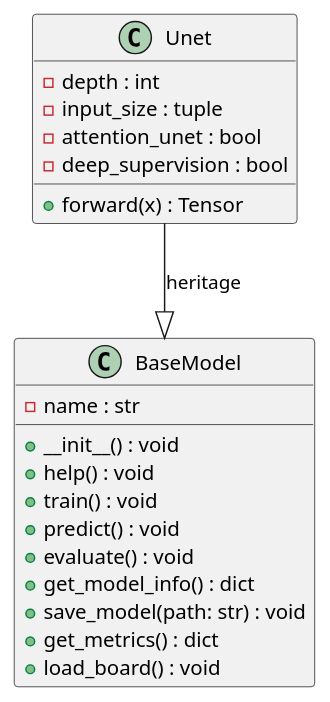
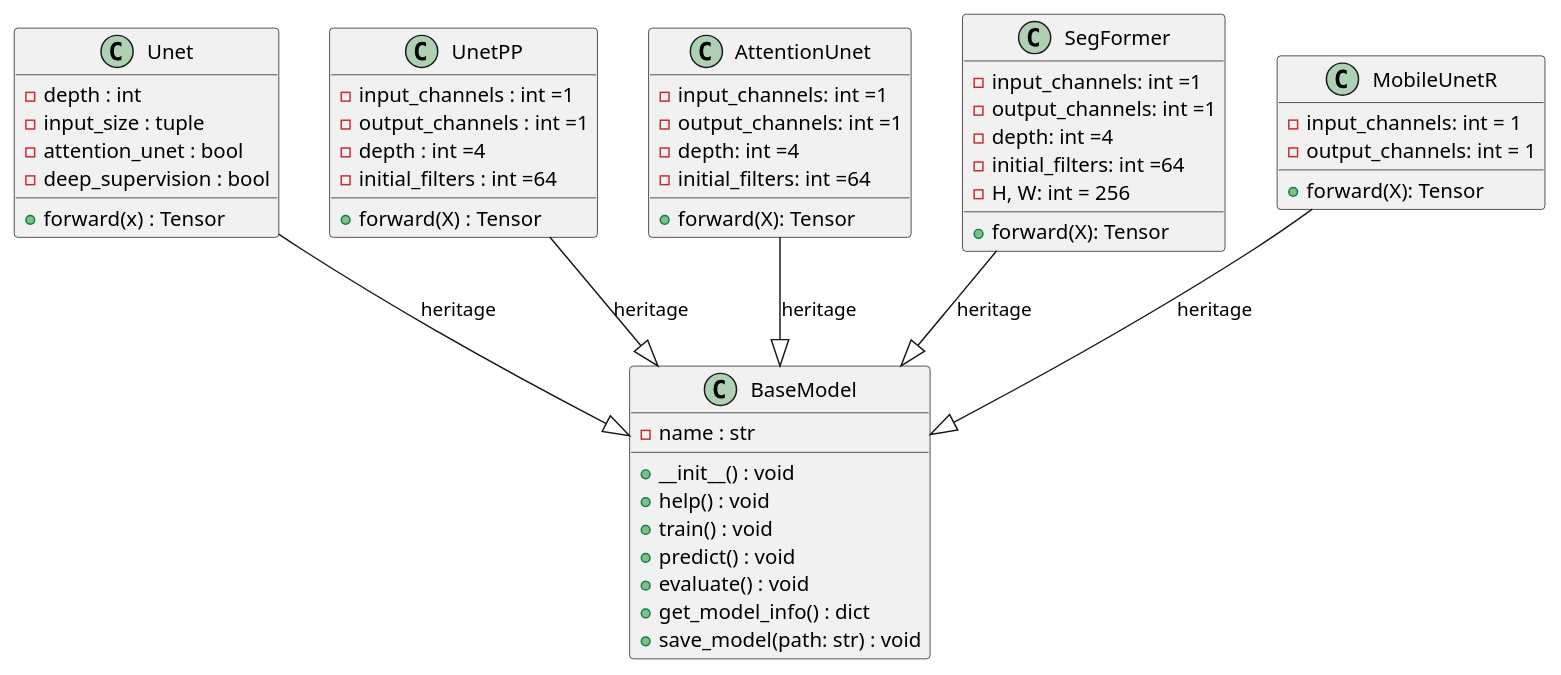
The diagram in docs/models.iuml (sebastien-doyez2812/OpenML-core), drawn with PlantUML before and after one commit. The commit also changed 2 other files, not shown here.

```diff
--- a/docs/models.iuml
+++ b/docs/models.iuml
@@ -1,24 +1,58 @@
 @startuml
 class BaseModel {
   - name : str
   + __init__() : void
   + help() : void
   + train() : void
   + predict() : void
   + evaluate() : void
   + get_model_info() : dict
   + save_model(path: str) : void
-  + get_metrics() : dict
-  + load_board() : void
 }
 
 class Unet {
   - depth : int
   - input_size : tuple
   - attention_unet : bool
   - deep_supervision : bool
   + forward(x) : Tensor
 }
 
-Unet --|> BaseModel : heritage
+
+class UnetPP {
+  - input_channels : int =1
+  - output_channels : int =1
+  - depth : int =4
+  - initial_filters : int =64
+  + forward(X) : Tensor
+}
+
+class AttentionUnet {
+  - input_channels: int =1
+  - output_channels: int =1
+  - depth: int =4
+  - initial_filters: int =64
+  + forward(X): Tensor
+}
+
+class SegFormer  {
+  - input_channels: int =1
+  - output_channels: int =1
+  - depth: int =4
+  - initial_filters: int =64
+  - H, W: int = 256
+  + forward(X): Tensor
+}
+
+class MobileUnetR {
+  - input_channels: int = 1
+  - output_channels: int = 1
+  + forward(X): Tensor
+}
+
+Unet          --|> BaseModel : heritage
+UnetPP        --|> BaseModel : heritage
+AttentionUnet --|> BaseModel : heritage
+SegFormer     --|> BaseModel : heritage
+MobileUnetR   --|> BaseModel : heritage
 @enduml
```
